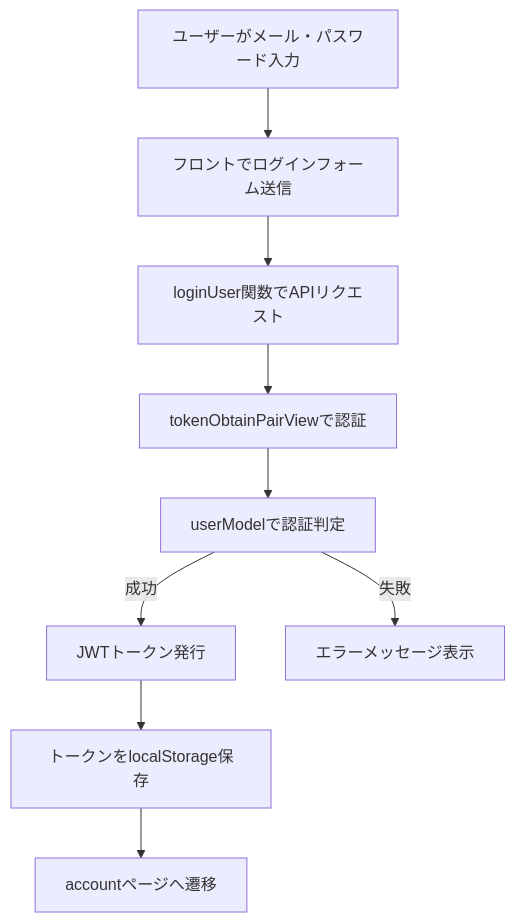
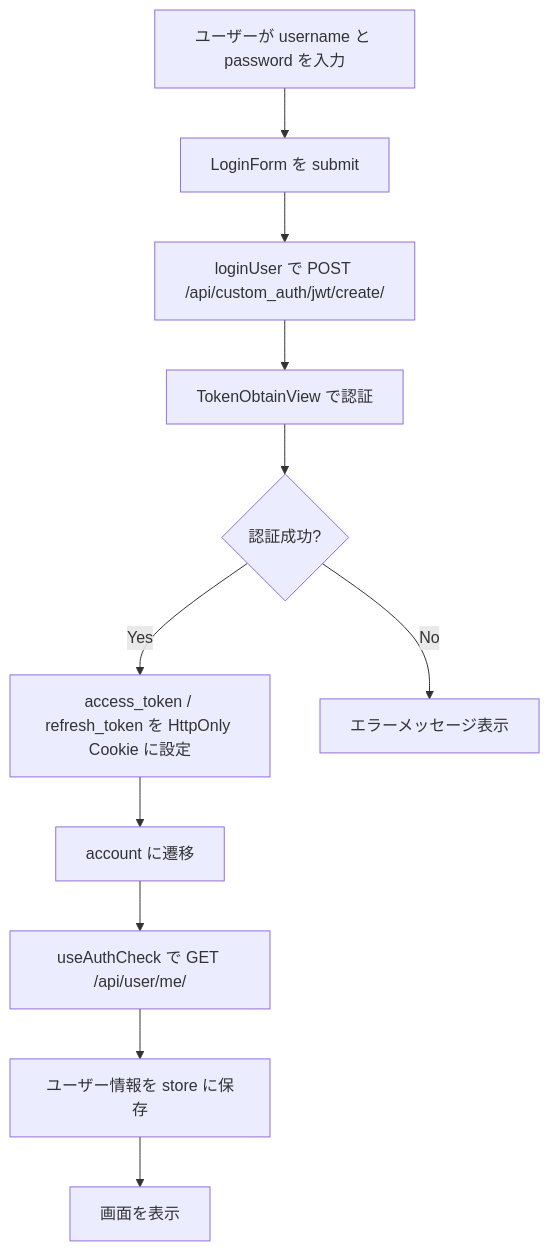
The first of 2 diagrams in docs/login/flowchart.md (Saaka-y/korup), drawn with Mermaid before and after one commit. The commit also changed other lines of this file and 9 other files, not shown here.

````diff
--- a/docs/login/flowchart.md
+++ b/docs/login/flowchart.md
@@ -3,11 +3,13 @@
 ```mermaid
 flowchart TD
-    a[ユーザーがメール・パスワード入力] --> b[フロントでログインフォーム送信]
-    b --> c[loginUser関数でAPIリクエスト]
-    c --> d[tokenObtainPairViewで認証]
-    d --> e[userModelで認証判定]
-    e -->|成功| f[JWTトークン発行]
-    f --> g[トークンをlocalStorage保存]
-    g --> h[accountページへ遷移]
-    e -->|失敗| i[エラーメッセージ表示]
+    A[ユーザーが username と password を入力] --> B[LoginForm を submit]
+    B --> C[loginUser で POST /api/custom_auth/jwt/create/]
+    C --> D[TokenObtainView で認証]
+    D --> E{認証成功?}
+    E -->|Yes| F[access_token / refresh_token を HttpOnly Cookie に設定]
+    F --> G[account に遷移]
+    G --> H[useAuthCheck で GET /api/user/me/]
+    H --> I[ユーザー情報を store に保存]
+    I --> J[画面を表示]
+    E -->|No| K[エラーメッセージ表示]
 ```
````
